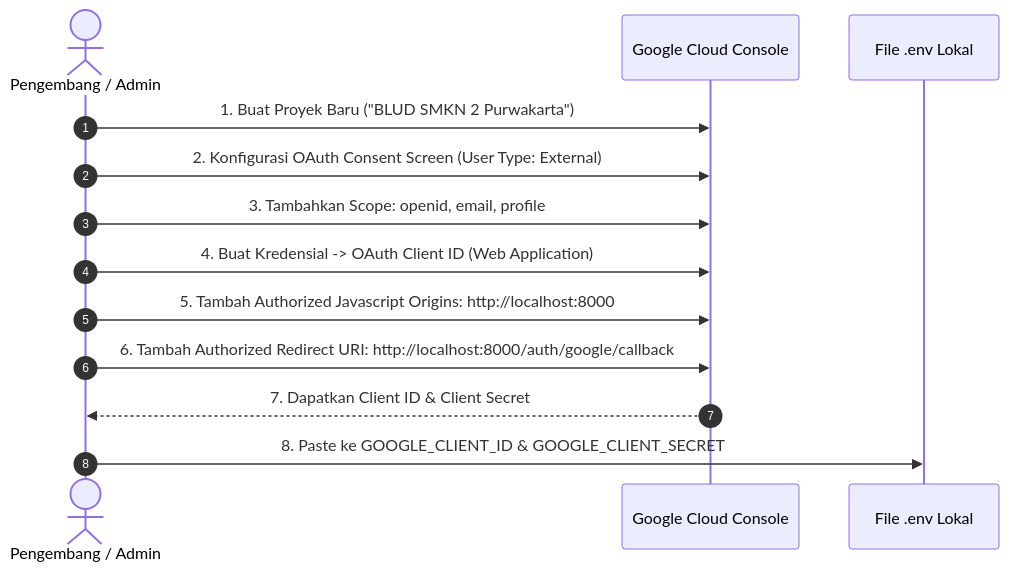
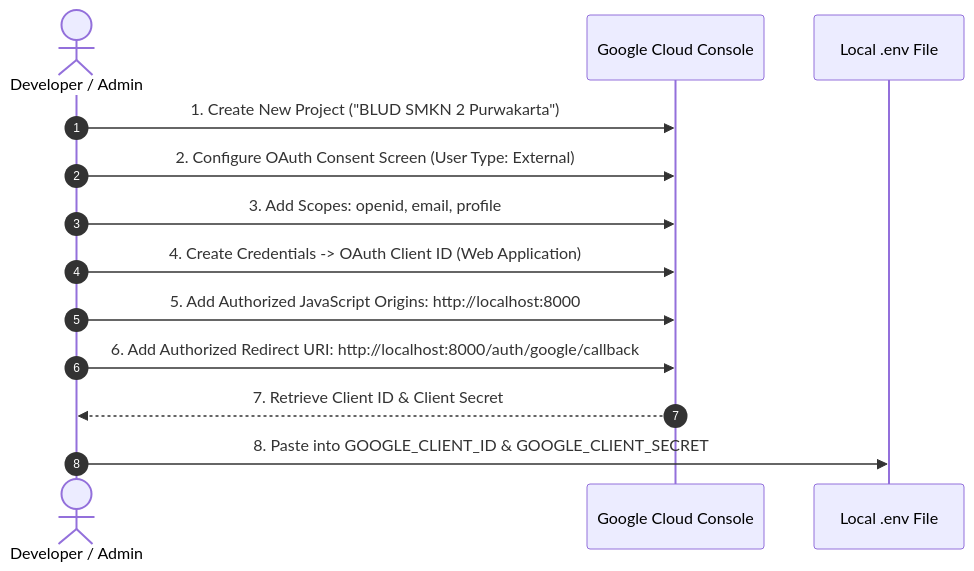
One commit to zan-ux/BLUD_SMKN2PURWAKARTA changed the diagram in document/setup.md. Above: the diagram before and after it, drawn with Mermaid. The commit also changed other lines of this file and 7 other files, not shown here.

Commit message:
modified:   README.md 	modified:   document/README.md 	modified:   document/api.md 	modified:   document/architecture.md 	modified:   document/auth.md 	modified:   document/database.md 	modified:   document/features.md 	modified:   document/setup.md

````diff
--- a/document/setup.md
+++ b/document/setup.md
@@ -97,16 +97,16 @@
 ```mermaid
 sequenceDiagram
     autonumber
-    actor Admin as Pengembang / Admin
+    actor Admin as Developer / Admin
     participant GCC as Google Cloud Console
-    participant Env as File .env Lokal
+    participant Env as Local .env File
 
-    Admin->>GCC: 1. Buat Proyek Baru ("BLUD SMKN 2 Purwakarta")
-    Admin->>GCC: 2. Konfigurasi OAuth Consent Screen (User Type: External)
-    Admin->>GCC: 3. Tambahkan Scope: openid, email, profile
-    Admin->>GCC: 4. Buat Kredensial -> OAuth Client ID (Web Application)
-    Admin->>GCC: 5. Tambah Authorized Javascript Origins: http://localhost:8000
-    Admin->>GCC: 6. Tambah Authorized Redirect URI: http://localhost:8000/auth/google/callback
-    GCC-->>Admin: 7. Dapatkan Client ID & Client Secret
-    Admin->>Env: 8. Paste ke GOOGLE_CLIENT_ID & GOOGLE_CLIENT_SECRET
+    Admin->>GCC: 1. Create New Project ("BLUD SMKN 2 Purwakarta")
+    Admin->>GCC: 2. Configure OAuth Consent Screen (User Type: External)
+    Admin->>GCC: 3. Add Scopes: openid, email, profile
+    Admin->>GCC: 4. Create Credentials -> OAuth Client ID (Web Application)
+    Admin->>GCC: 5. Add Authorized JavaScript Origins: http://localhost:8000
+    Admin->>GCC: 6. Add Authorized Redirect URI: http://localhost:8000/auth/google/callback
+    GCC-->>Admin: 7. Retrieve Client ID & Client Secret
+    Admin->>Env: 8. Paste into GOOGLE_CLIENT_ID & GOOGLE_CLIENT_SECRET
 ```
````
